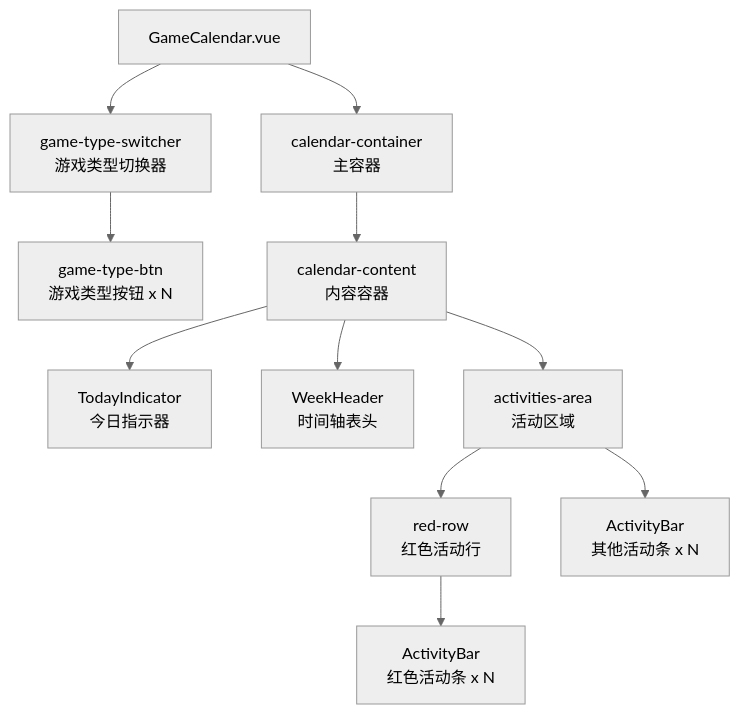
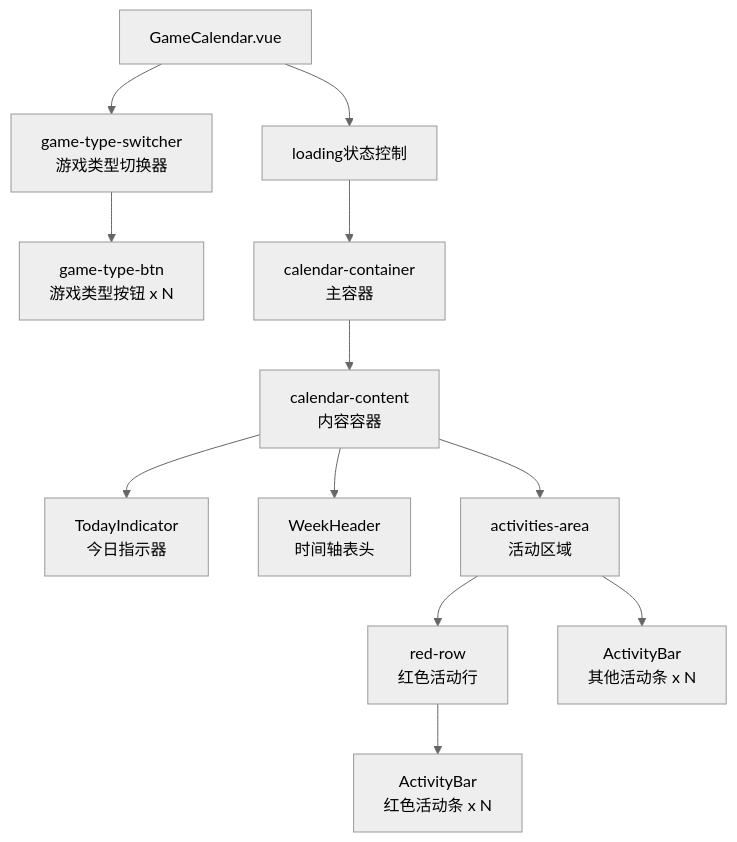
Before and after one commit to xuanyulingnfeg/gameCalendar: the second of 10 diagrams in .qoder/repowiki/zh/content/核心组件/GameCalendar 主容器组件.md, drawn with Mermaid (neutral theme). The commit also changed other lines of this file and 7 other files, not shown here.

````diff
--- a/.qoder/repowiki/zh/content/核心组件/GameCalendar 主容器组件.md
+++ b/.qoder/repowiki/zh/content/核心组件/GameCalendar 主容器组件.md
@@ -100,13 +111,14 @@
 ```mermaid
 flowchart TD
 GameCalendar[GameCalendar.vue] --> GameTypeSwitcher[game-type-switcher<br/>游戏类型切换器]
 GameTypeSwitcher --> GameTypeButtons[game-type-btn<br/>游戏类型按钮 x N]
-GameCalendar --> CalendarContainer[calendar-container<br/>主容器]
+GameCalendar --> LoadingState[loading状态控制]
+LoadingState --> CalendarContainer[calendar-container<br/>主容器]
 CalendarContainer --> CalendarContent[calendar-content<br/>内容容器]
 CalendarContent --> TodayIndicator[TodayIndicator<br/>今日指示器]
 CalendarContent --> WeekHeader[WeekHeader<br/>时间轴表头]
 CalendarContent --> ActivitiesArea[activities-area<br/>活动区域]
 ActivitiesArea --> RedRow[red-row<br/>红色活动行]
 RedRow --> RedActivityBars[ActivityBar<br/>红色活动条 x N]
 ActivitiesArea --> OtherActivityBars[ActivityBar<br/>其他活动条 x N]
 ```
````
